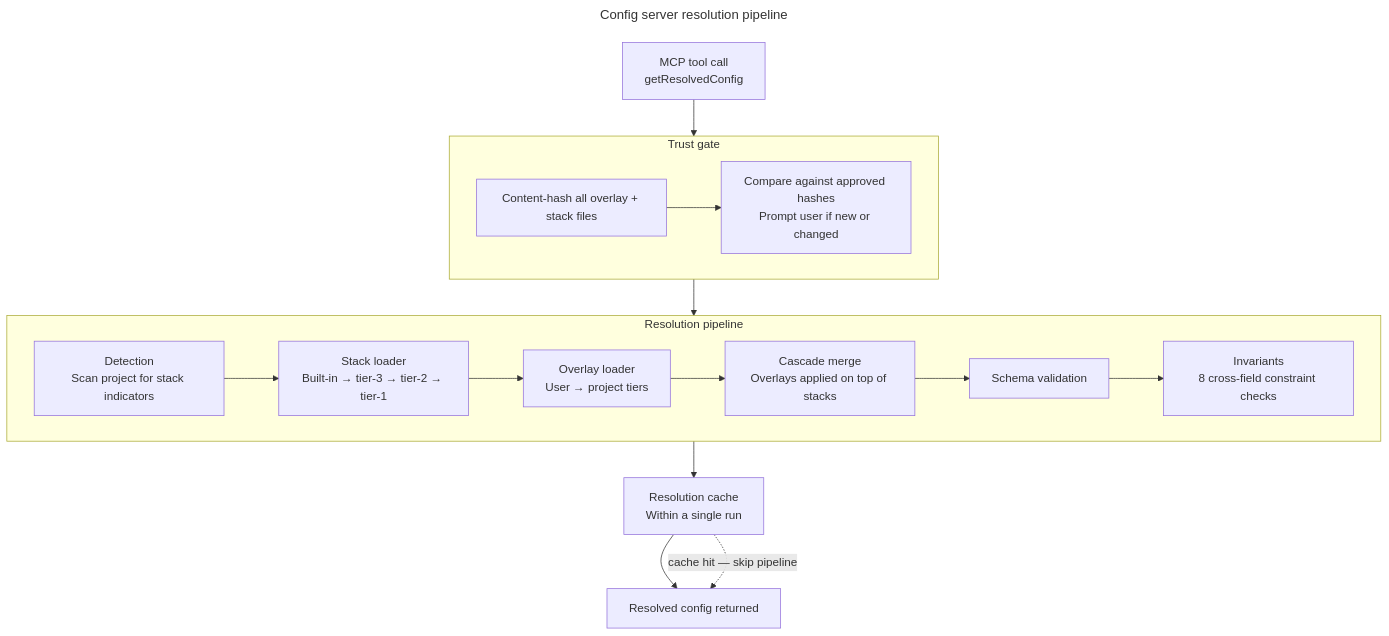
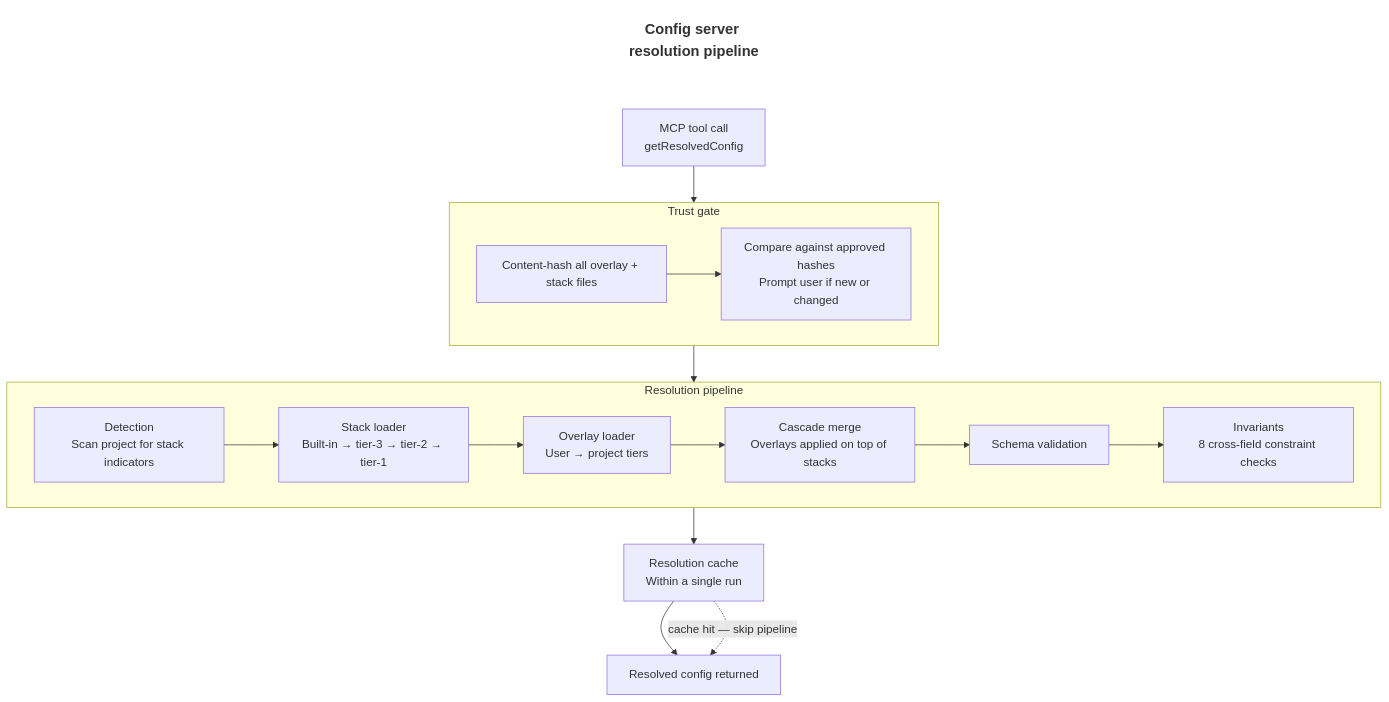
The third of 5 diagrams in documentation/subsystem-architecture.md (Thomas-AppForceOne/ClaudeAgents), drawn with Mermaid before and after one commit. The commit also changed other lines of this file, not shown here.

First line of the commit message:
docs: replace %%{init}%% title sizing with classDef title nodes

````diff
--- a/documentation/subsystem-architecture.md
+++ b/documentation/subsystem-architecture.md
@@ -133,30 +132,30 @@
 ```mermaid
----
-title: Config server resolution pipeline
----
-%%{init: {'themeVariables': {'titleFontSize': '24px'}}}%%
 flowchart TD
+    TITLE["Config server resolution pipeline"]:::diagramTitle
+    classDef diagramTitle font-size:20px,font-weight:bold,fill:none,stroke:none
+
     IN["MCP tool call\ngetResolvedConfig"]
 
     subgraph TG["Trust gate"]
         HC["Content-hash all overlay + stack files"]
         TP["Compare against approved hashes\nPrompt user if new or changed"]
         HC --> TP
     end
 
     subgraph RP["Resolution pipeline"]
         DT["Detection\nScan project for stack indicators"]
         SL["Stack loader\nBuilt-in → tier-3 → tier-2 → tier-1"]
         OL["Overlay loader\nUser → project tiers"]
         CM["Cascade merge\nOverlays applied on top of stacks"]
         SV["Schema validation"]
         IV["Invariants\n8 cross-field constraint checks"]
         DT --> SL --> OL --> CM --> SV --> IV
     end
 
     CA["Resolution cache\nWithin a single run"]
     OUT["Resolved config returned"]
 
+    TITLE ~~~ IN
     IN --> TG --> RP --> CA --> OUT
     CA -.->|"cache hit — skip pipeline"| OUT
 ```
````
